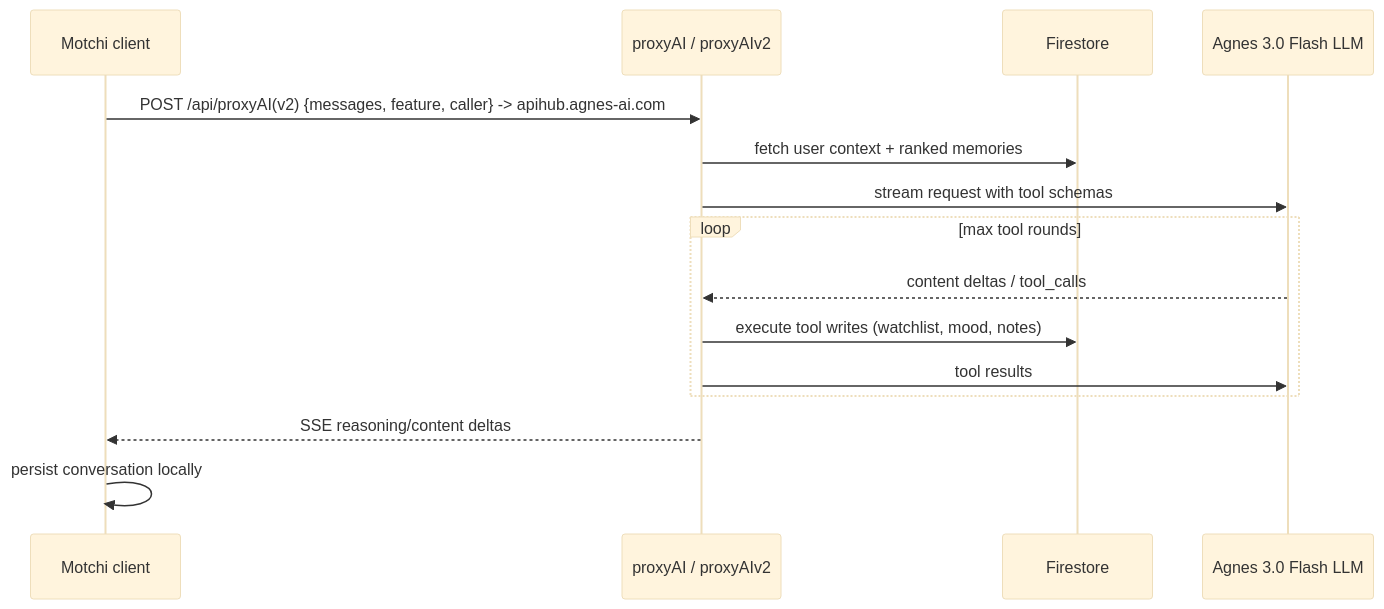
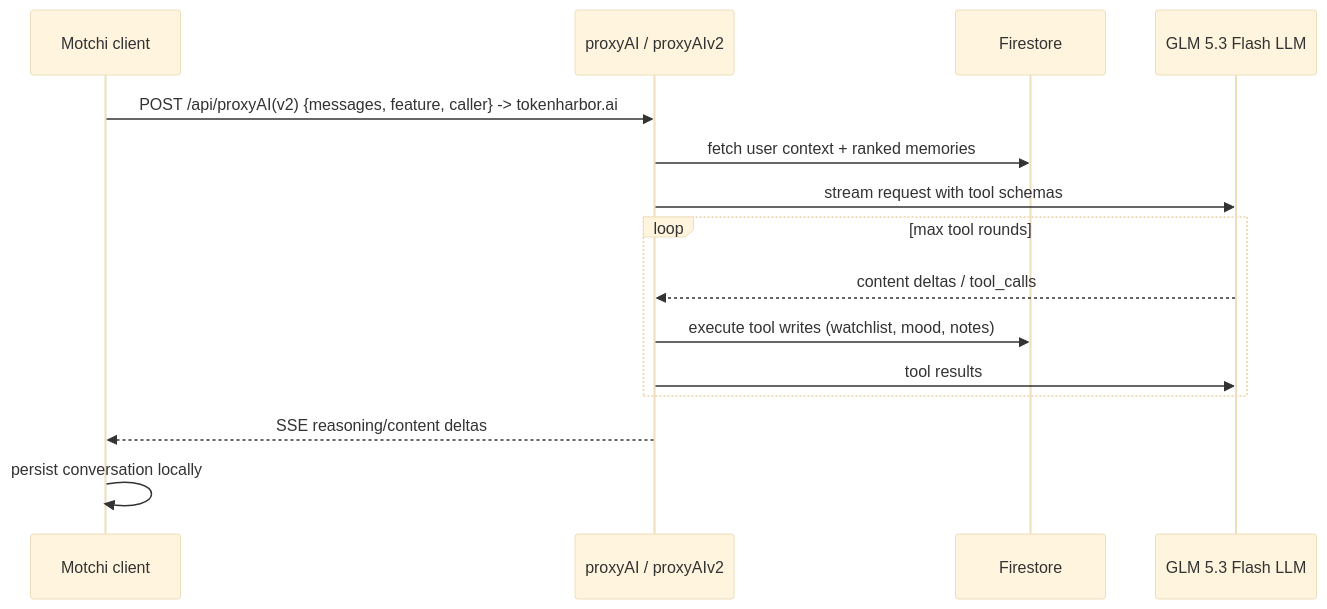
Before and after one commit to khentmoba/Everglow: the sixth of 7 diagrams in docs/ARCHITECTURE.md, drawn with Mermaid (base theme). The commit also changed other lines of this file and 13 other files, not shown here.

First line of the commit message:
feat(motchi): switch chat to TokenHarbor GLM 5.3 Flash (#384)

````diff
--- a/docs/ARCHITECTURE.md
+++ b/docs/ARCHITECTURE.md
@@ -260,18 +260,18 @@
 ```mermaid
 sequenceDiagram
   participant C as Motchi client
   participant F as proxyAI / proxyAIv2
   participant DB as Firestore
-  participant L as Agnes 3.0 Flash LLM
+  participant L as GLM 5.3 Flash LLM
 
-  C->>F: POST /api/proxyAI(v2) {messages, feature, caller} -> apihub.agnes-ai.com
+  C->>F: POST /api/proxyAI(v2) {messages, feature, caller} -> tokenharbor.ai
   F->>DB: fetch user context + ranked memories
   F->>L: stream request with tool schemas
   loop max tool rounds
     L-->>F: content deltas / tool_calls
     F->>DB: execute tool writes (watchlist, mood, notes)
     F->>L: tool results
   end
   F-->>C: SSE reasoning/content deltas
   C->>C: persist conversation locally
 ```
````
